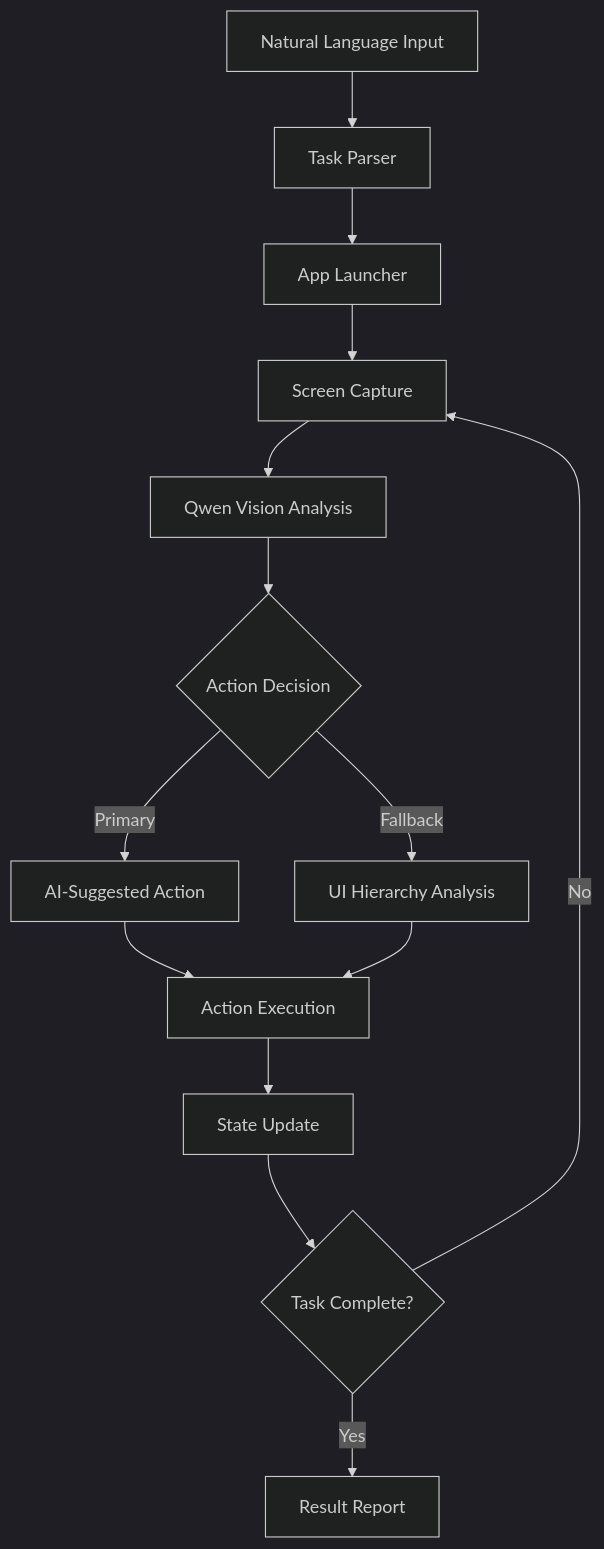
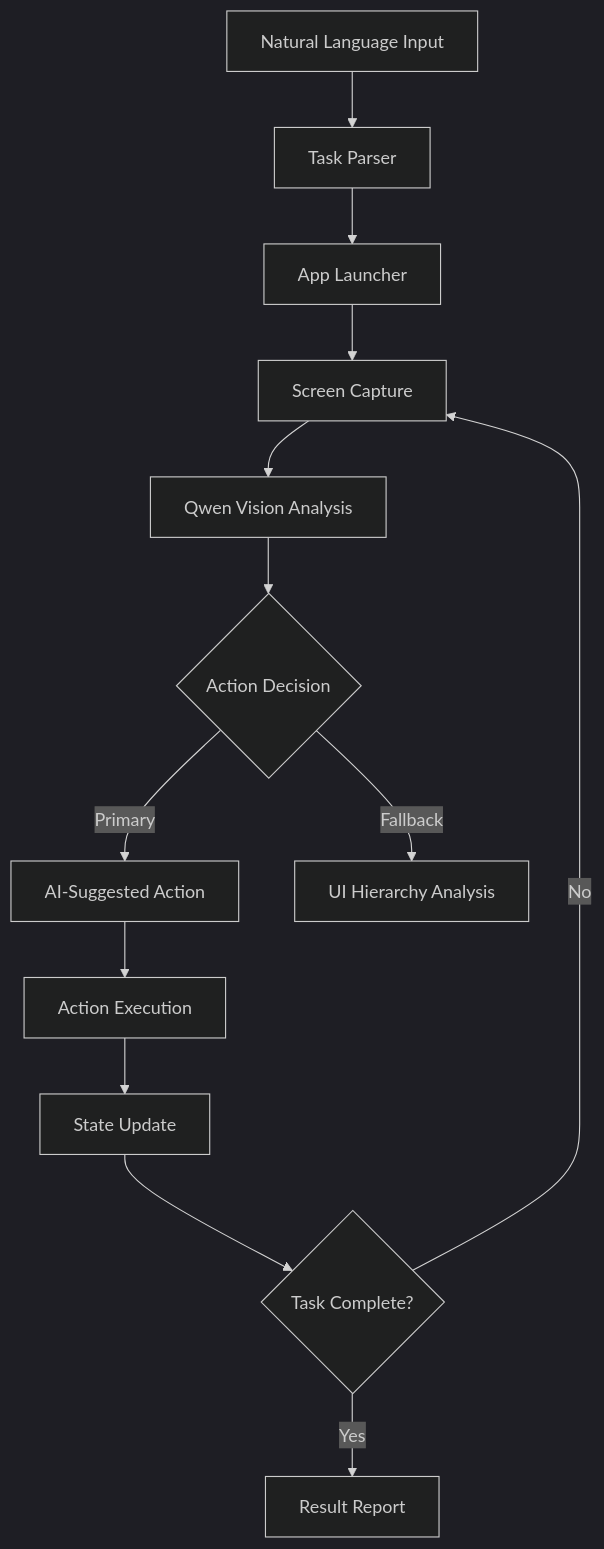
One commit to MogilipalemHemanthKumar/Intelligent_Mobile_Agent changed the diagram in README.md. Above: the diagram before and after it, drawn with Mermaid (dark theme).

````diff
--- a/README.md
+++ b/README.md
@@ -37,16 +37,15 @@
 ```mermaid
 graph TD
     A[Natural Language Input] --> B[Task Parser]
     B --> C[App Launcher]
     C --> D[Screen Capture]
     D --> E[Qwen Vision Analysis]
     E --> F{Action Decision}
     F -->|Primary| G[AI-Suggested Action]
     F -->|Fallback| H[UI Hierarchy Analysis]
     G --> J[Action Execution]
-    H --> J
     J --> K[State Update]
     K --> L{Task Complete?}
     L -->|No| D
     L -->|Yes| M[Result Report]
 ```
````
